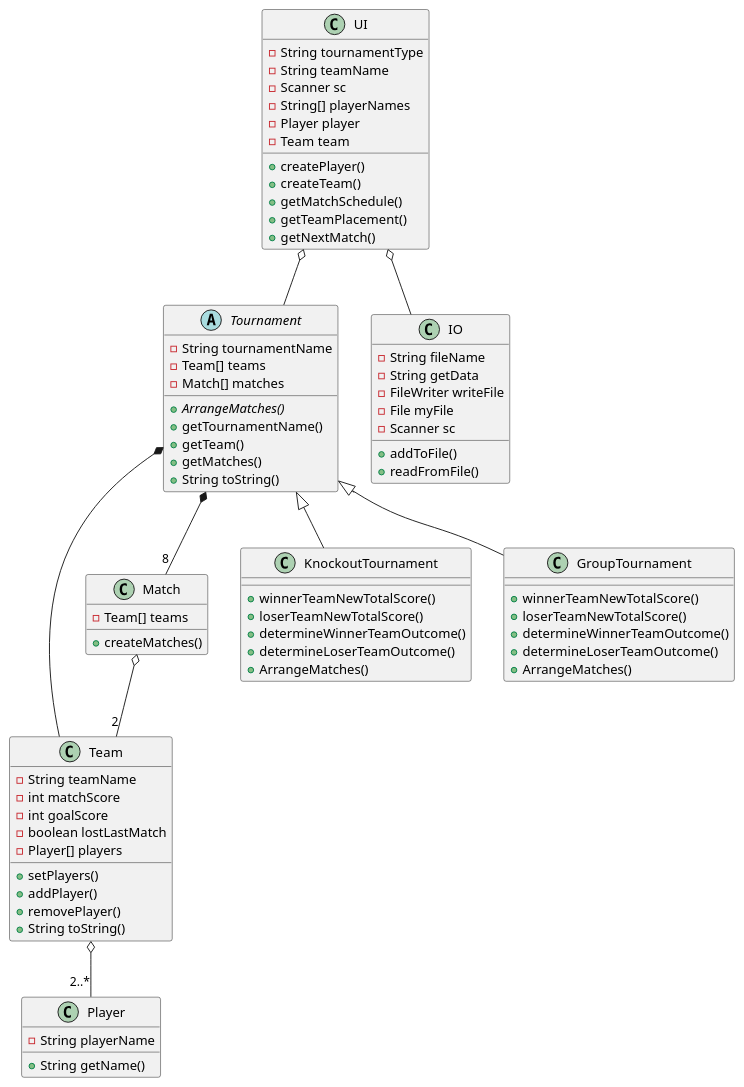
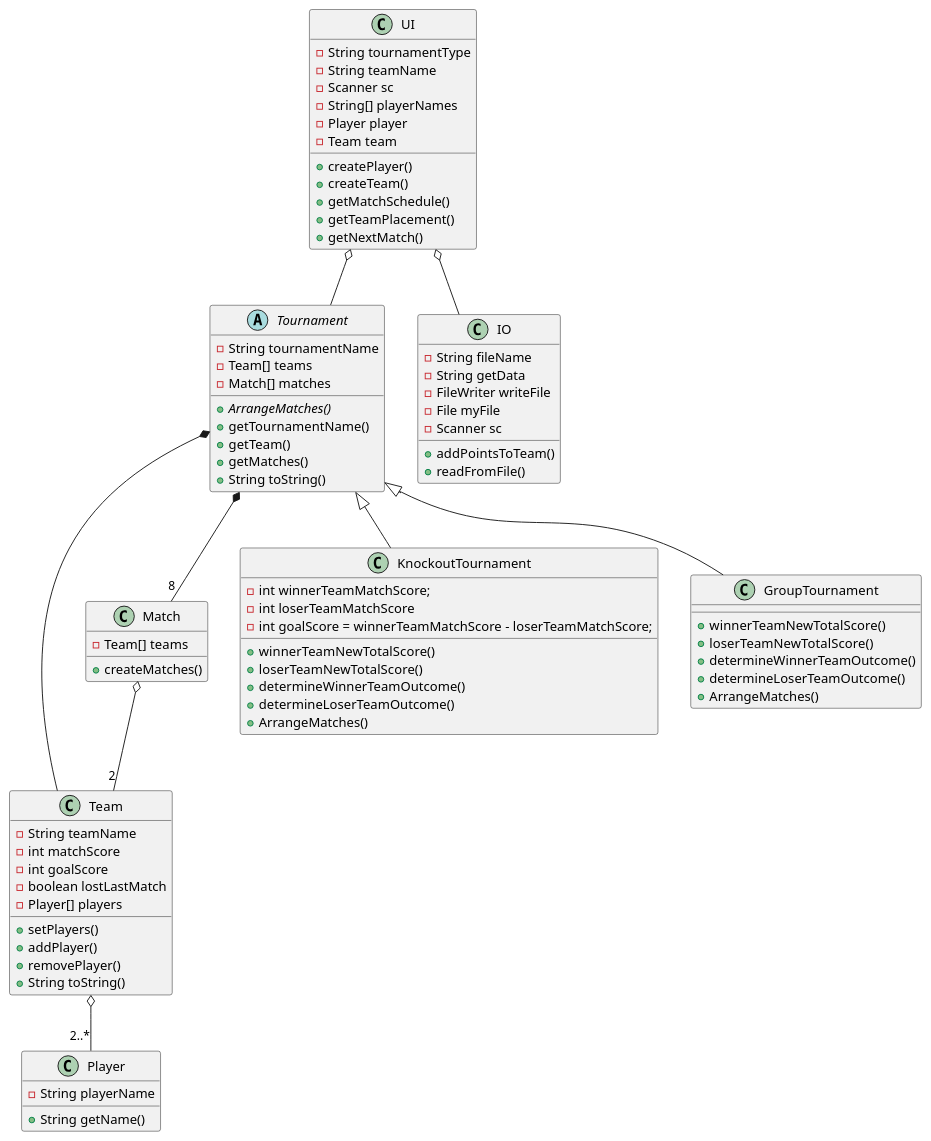
Before and after one commit to DeRp-DaWg/SP3: the diagram in doc/Class.puml, drawn with PlantUML.

```diff
--- a/doc/Class.puml
+++ b/doc/Class.puml
@@ -1,87 +1,91 @@
 @startuml
 'https://plantuml.com/class-diagram
 
 class Player {
 -String playerName
 +String getName()
 }
 
 class Team {
 -String teamName
 -int matchScore
 -int goalScore
 -boolean lostLastMatch
 -Player[] players
 +setPlayers()
 +addPlayer()
 +removePlayer()
 +String toString()
 }
 
 class Match{
 -Team[] teams
 +createMatches()
 }
 
 abstract Tournament {
 -String tournamentName
 -Team[] teams
 -Match[] matches
 +{abstract}ArrangeMatches()
 +getTournamentName()
 +getTeam()
 +getMatches()
 +String toString()
 }
 
 class KnockoutTournament{
+-int winnerTeamMatchScore;
+-int loserTeamMatchScore
+-int goalScore = winnerTeamMatchScore - loserTeamMatchScore;
+
 +winnerTeamNewTotalScore()
 +loserTeamNewTotalScore()
 +determineWinnerTeamOutcome()
 +determineLoserTeamOutcome()
 +ArrangeMatches()
 }
 
 class GroupTournament{
 +winnerTeamNewTotalScore()
 +loserTeamNewTotalScore()
 +determineWinnerTeamOutcome()
 +determineLoserTeamOutcome()
 +ArrangeMatches()
 }
 
 class UI {
 -String tournamentType
 -String teamName
 -Scanner sc
 -String[] playerNames
 -Player player
 -Team team
 +createPlayer()
 +createTeam()
 +getMatchSchedule()
 +getTeamPlacement()
 +getNextMatch()
 }
 
 class IO {
 -String fileName
 -String getData
 -FileWriter writeFile
 -File myFile
 -Scanner sc
-+addToFile()
++addPointsToTeam()
 +readFromFile()
 }
 
 
 UI o-- Tournament
 UI o-- IO
 Tournament *-- "8" Match
 Tournament *-- Team
 Match o-- "2" Team
 Team o-- "2..*" Player
 Tournament <|-- KnockoutTournament
 Tournament <|-- GroupTournament
 
 @enduml
```
